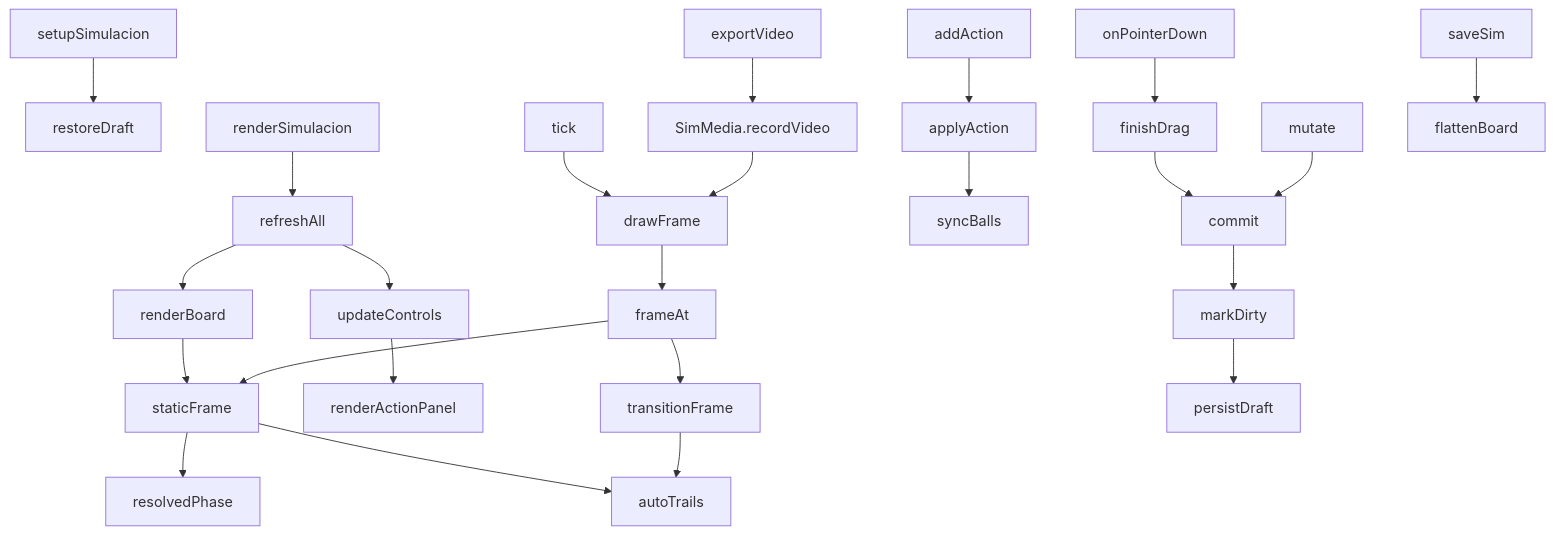
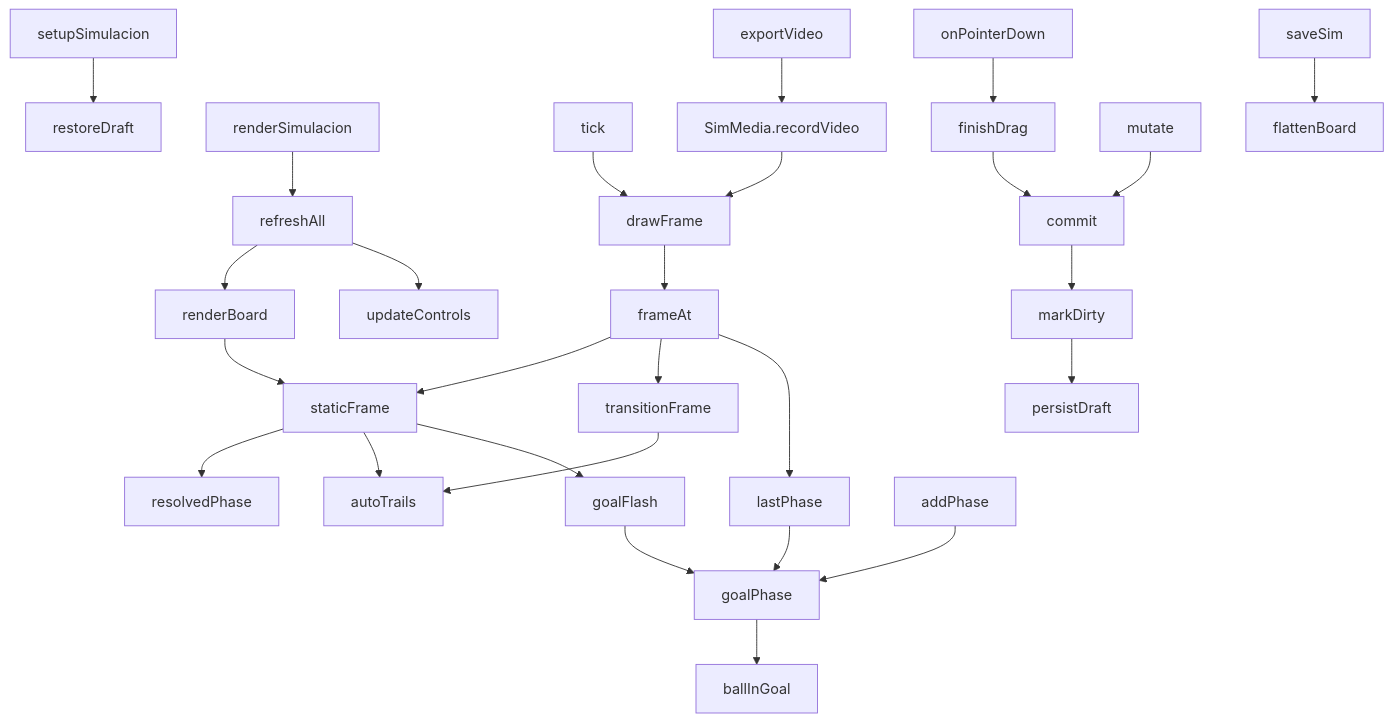
One commit to Lechuza22/DtCommander changed the diagram in codemap/js/simulacion.md. Above: the diagram before and after it, drawn with Mermaid. The commit also changed other lines of this file, not shown here.

````diff
--- a/codemap/js/simulacion.md
+++ b/codemap/js/simulacion.md
@@ -54,20 +60,22 @@
 ```mermaid
 flowchart TD
     setupSimulacion --> restoreDraft
     renderSimulacion --> refreshAll
     refreshAll --> renderBoard --> staticFrame
-    refreshAll --> updateControls --> renderActionPanel
+    refreshAll --> updateControls
 
     staticFrame --> resolvedPhase
     staticFrame --> autoTrails
+    staticFrame --> goalFlash --> goalPhase --> ballInGoal
     frameAt --> staticFrame
     frameAt --> transitionFrame --> autoTrails
+    frameAt --> lastPhase --> goalPhase
     drawFrame --> frameAt
     tick --> drawFrame
     exportVideo --> recordVideo["SimMedia.recordVideo"] --> drawFrame
 
-    addAction --> applyAction --> syncBalls
     onPointerDown --> finishDrag --> commit
     mutate --> commit --> markDirty --> persistDraft
+    addPhase --> goalPhase
     saveSim --> flattenBoard
 ```
````
